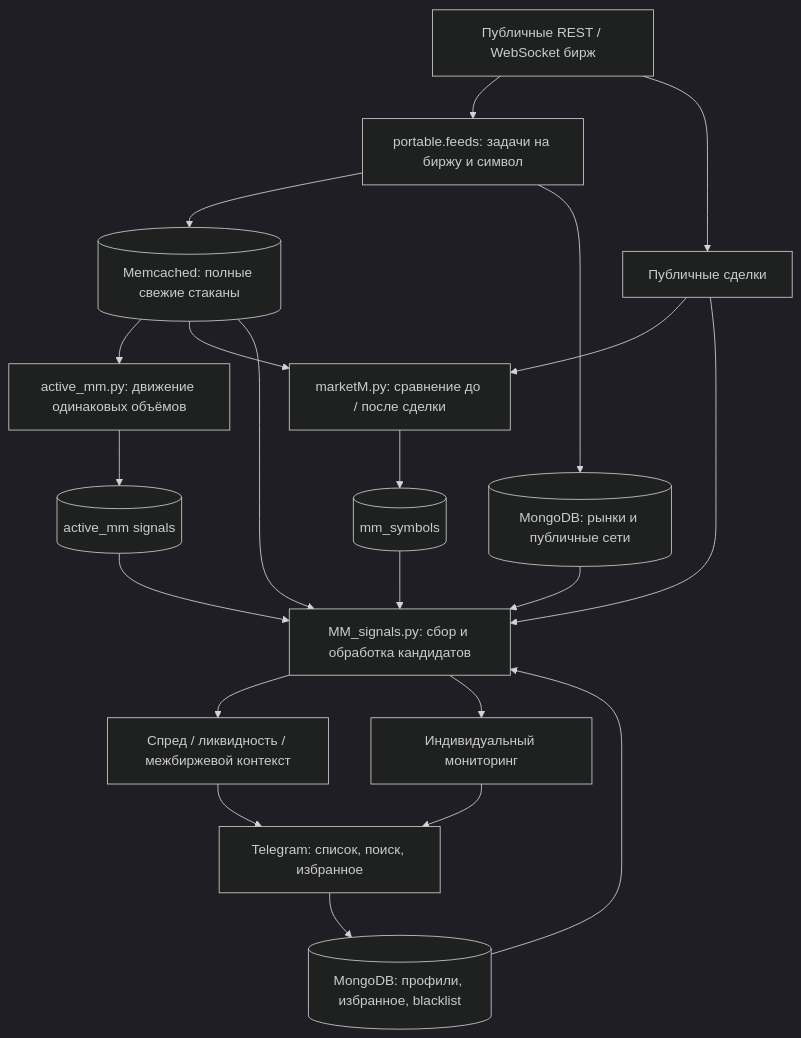
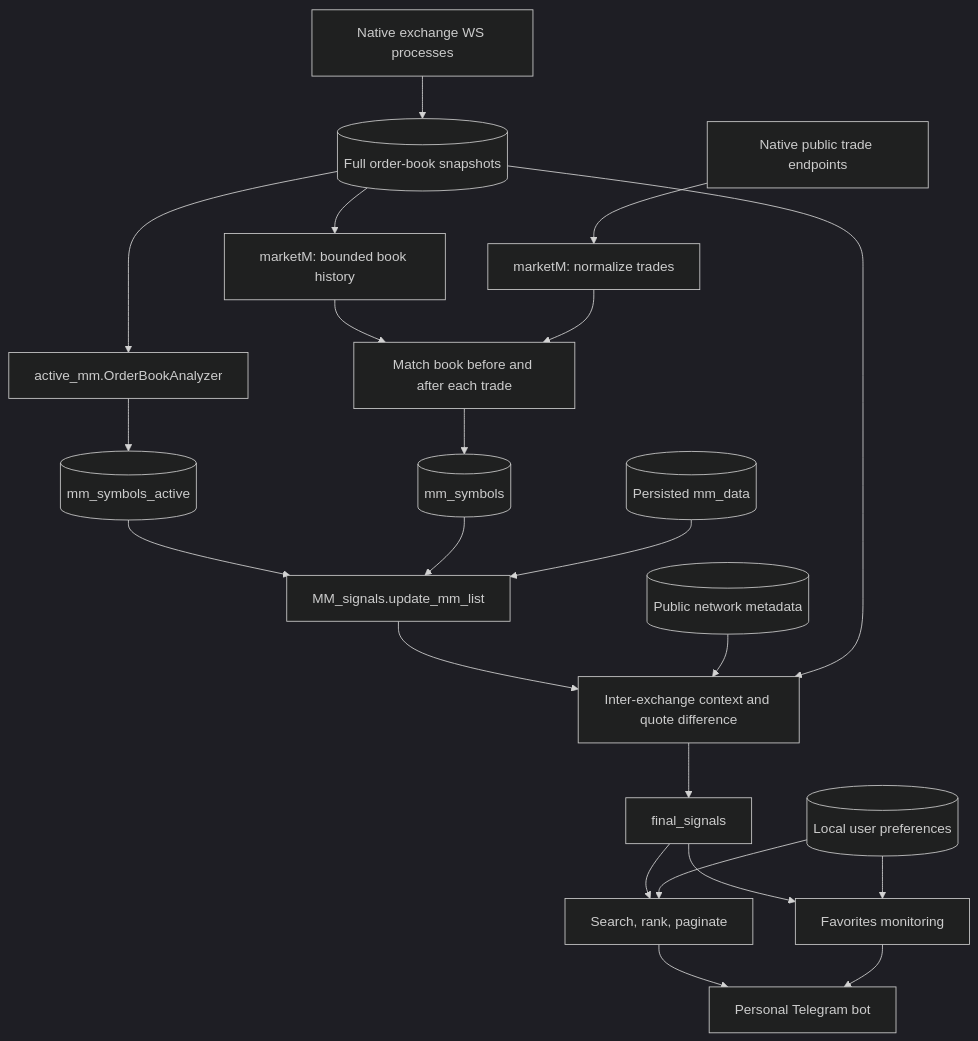
Before and after one commit to salyahcrypto1-beep/sc-market-maker: the first of 14 diagrams in docs/ARCHITECTURE.md, drawn with Mermaid (dark theme). The commit also changed other lines of this file and 38 other files, not shown here.

Commit message:
Restore native exchange feeds, remove inherited admin features, document algorithm internals

````diff
--- a/docs/ARCHITECTURE.md
+++ b/docs/ARCHITECTURE.md
@@ -7,23 +7,24 @@
 ```mermaid
 flowchart TB
-    EX[Публичные REST / WebSocket бирж] --> FEED[portable.feeds: задачи на биржу и символ]
-    FEED --> BOOK[(Memcached: полные свежие стаканы)]
-    FEED --> META[(MongoDB: рынки и публичные сети)]
-    EX --> TRADES[Публичные сделки]
-    BOOK --> ACTIVE[active_mm.py: движение одинаковых объёмов]
-    BOOK --> PASSIVE[marketM.py: сравнение до / после сделки]
-    TRADES --> PASSIVE
-    ACTIVE --> AC[(active_mm signals)]
-    PASSIVE --> PC[(mm_symbols)]
-    AC --> UI[MM_signals.py: сбор и обработка кандидатов]
-    PC --> UI
-    META --> UI
-    BOOK --> UI
-    TRADES --> UI
-    UI --> FILTER[Спред / ликвидность / межбиржевой контекст]
-    FILTER --> TG[Telegram: список, поиск, избранное]
-    USER[(MongoDB: профили, избранное, blacklist)] --> UI
-    TG --> USER
-    UI --> MON[Индивидуальный мониторинг]
+    WS[Native exchange WS processes] --> C[(Full order-book snapshots)]
+    C --> A[active_mm.OrderBookAnalyzer]
+    C --> H[marketM: bounded book history]
+    REST[Native public trade endpoints] --> T[marketM: normalize trades]
+    H --> P[Match book before and after each trade]
+    T --> P
+    A --> AC[(mm_symbols_active)]
+    P --> PC[(mm_symbols)]
+    AC --> MERGE[MM_signals.update_mm_list]
+    PC --> MERGE
+    DB[(Persisted mm_data)] --> MERGE
+    MERGE --> ROUTE[Inter-exchange context and quote difference]
+    META[(Public network metadata)] --> ROUTE
+    C --> ROUTE
+    ROUTE --> FINAL[final_signals]
+    FINAL --> LIST[Search, rank, paginate]
+    FINAL --> MON[Favorites monitoring]
+    USER[(Local user preferences)] --> LIST
+    USER --> MON
+    LIST --> TG[Personal Telegram bot]
     MON --> TG
 ```
````
